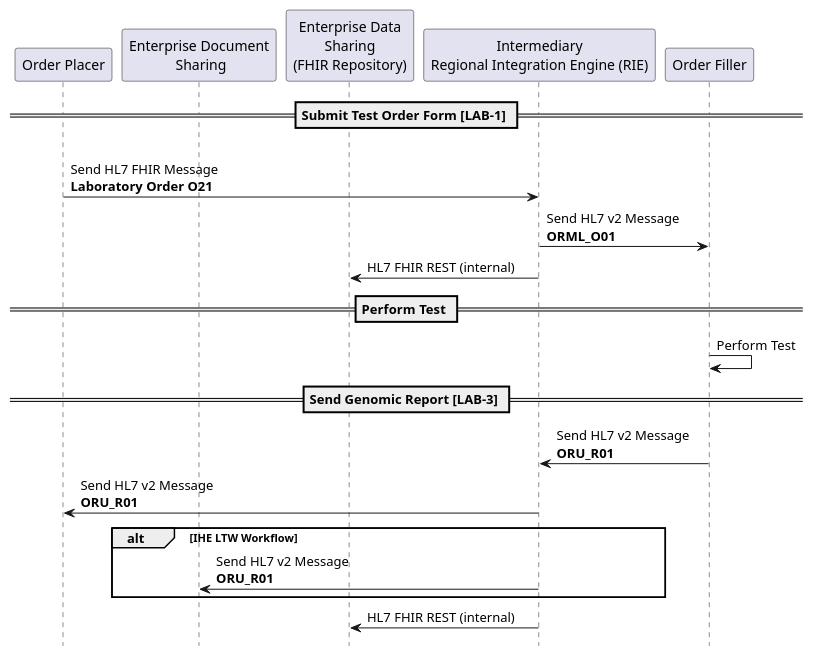
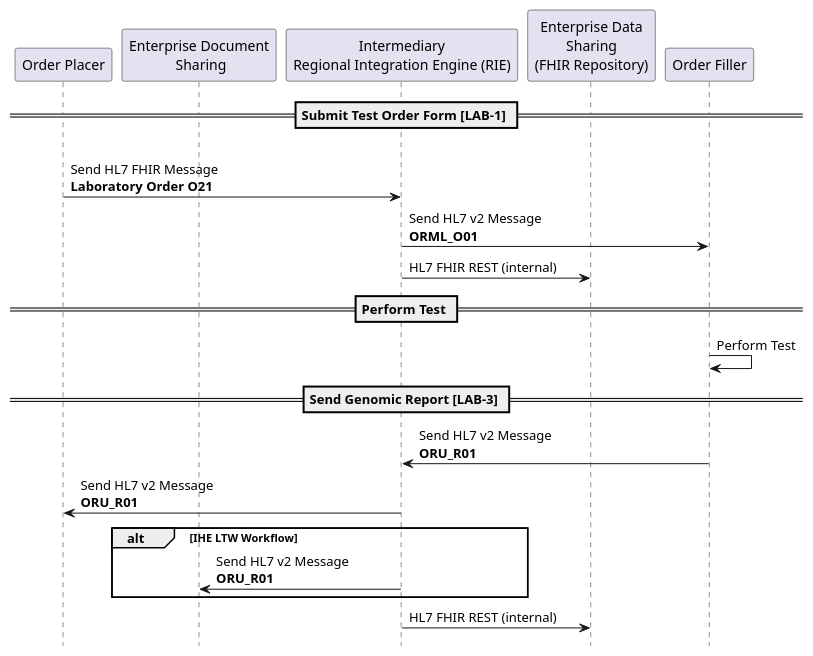
The diagram in input/images-source/LTW-cdr-sequence.plantuml (nw-gmsa/nw-gmsa.github.com), drawn with PlantUML before and after one commit. The commit also changed other lines of this file and 1 other file, not shown here.

```diff
--- a/input/images-source/LTW-cdr-sequence.plantuml
+++ b/input/images-source/LTW-cdr-sequence.plantuml
@@ -1,33 +1,33 @@
 @startuml
 
 hide footbox
 
 participant "Order Placer" as EPR
 participant "Enterprise Document\n Sharing" as XDS
+participant "Intermediary\nRegional Integration Engine (RIE)" as TIE
 participant "Enterprise Data\nSharing\n(FHIR Repository)" as CDR
-participant "Intermediary\nRegional Integration Engine (RIE)" as TIE
 participant "Order Filler" as LIMS
 
 
 
 == Submit Test Order Form [LAB-1] ==
 
 EPR -> TIE: \nSend HL7 FHIR Message\n**Laboratory Order O21**
 TIE -> LIMS: Send HL7 v2 Message\n**ORML_O01**
 TIE -> CDR: HL7 FHIR REST (internal)
 
 == Perform Test ==
 
 LIMS -> LIMS: Perform Test
 
 == Send Genomic Report [LAB-3] ==
 
 LIMS -> TIE: Send HL7 v2 Message\n**ORU_R01**
 
 TIE -> EPR: Send HL7 v2 Message\n**ORU_R01**
 alt IHE LTW Workflow
 TIE -> XDS: Send HL7 v2 Message\n**ORU_R01**
 end
 TIE -> CDR: HL7 FHIR REST (internal)
 
 @enduml
```
